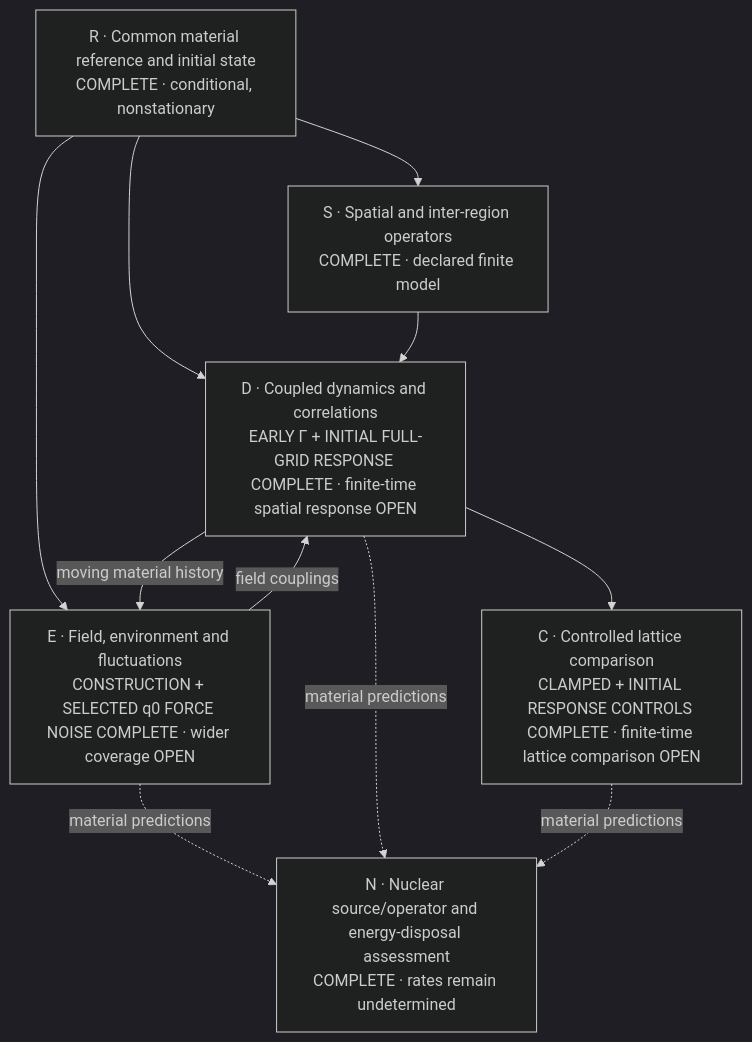
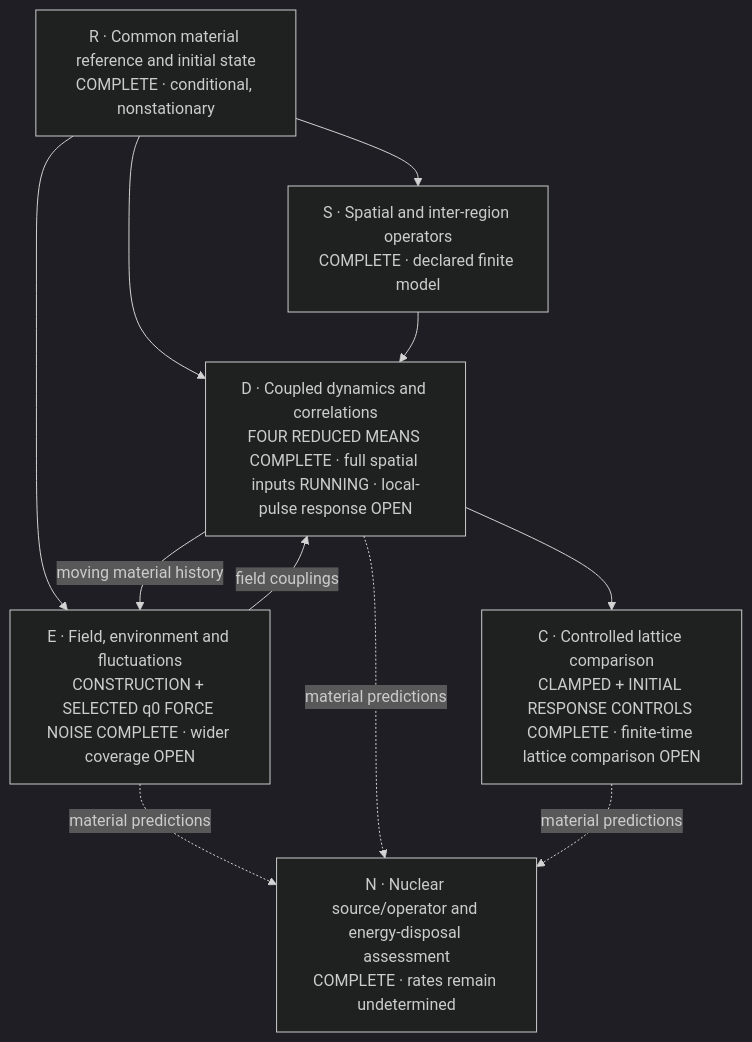
One commit to vantasnerdan/substrate-framework changed the first of 2 diagrams in proposals/P254-ni-collective-response/SOLUTION.md. Above: the diagram before and after it, drawn with Mermaid (dark theme). The commit also changed other lines of this file and 304 other files, not shown here.

Commit message:
P254: bank reduced dynamics, exact prepared full-q production and actual four-case means

````diff
--- a/proposals/P254-ni-collective-response/SOLUTION.md
+++ b/proposals/P254-ni-collective-response/SOLUTION.md
@@ -18,19 +18,19 @@
 ```mermaid
 flowchart TD
     R["R · Common material reference and initial state\nCOMPLETE · conditional, nonstationary"]
     S["S · Spatial and inter-region operators\nCOMPLETE · declared finite model"]
     E["E · Field, environment and fluctuations\nCONSTRUCTION + SELECTED q0 FORCE NOISE COMPLETE · wider coverage OPEN"]
-    D["D · Coupled dynamics and correlations\nEARLY Γ + INITIAL FULL-GRID RESPONSE COMPLETE · finite-time spatial response OPEN"]
+    D["D · Coupled dynamics and correlations\nFOUR REDUCED MEANS COMPLETE · full spatial inputs RUNNING · local-pulse response OPEN"]
     C["C · Controlled lattice comparison\nCLAMPED + INITIAL RESPONSE CONTROLS COMPLETE · finite-time lattice comparison OPEN"]
     N["N · Nuclear source/operator and energy-disposal assessment\nCOMPLETE · rates remain undetermined"]
     R --> S
     R --> E
     R --> D
     S --> D
     E -- "field couplings" --> D
     D -- "moving material history" --> E
     D --> C
     E -. "material predictions" .-> N
     D -. "material predictions" .-> N
     C -. "material predictions" .-> N
 ```
````
